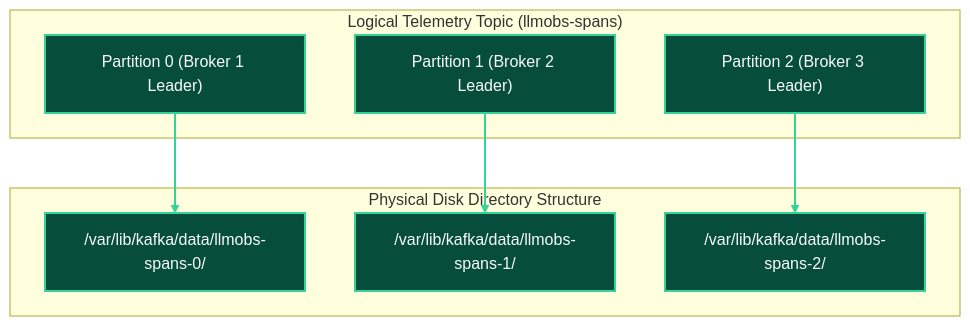
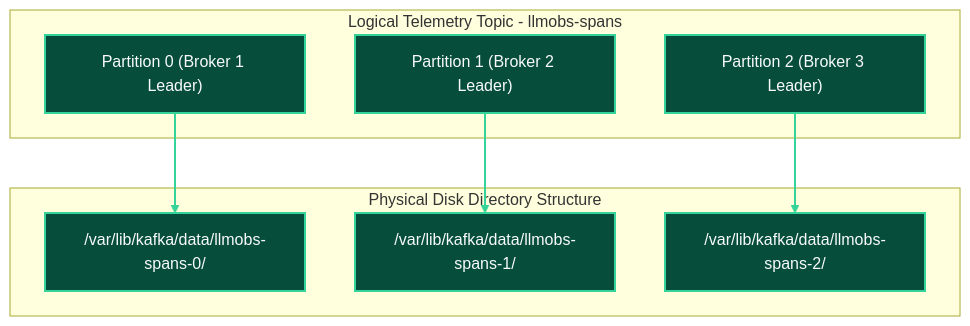
Diagram 15 of 24 in docs/configDoc/kafka-configuration-guide.md (Chief-Strategist-J/llm-obs-infra), drawn with Mermaid before and after one commit. The commit also changed other lines of this file, not shown here.

Commit message:
fix(kafka-docs): remove parentheses from subgraph titles to fix GitHub Mermaid parser error

````diff
--- a/docs/configDoc/kafka-configuration-guide.md
+++ b/docs/configDoc/kafka-configuration-guide.md
@@ -1295,24 +1295,24 @@
 ```mermaid
 graph TD
-    subgraph LogicalTopic ["Logical Telemetry Topic (llmobs-spans)"]
+    subgraph LogicalTopic ["Logical Telemetry Topic - llmobs-spans"]
 
         P0["Partition 0 (Broker 1 Leader)"]
         P1["Partition 1 (Broker 2 Leader)"]
         P2["Partition 2 (Broker 3 Leader)"]
     end
 
     subgraph PhysicalDiskStorage ["Physical Disk Directory Structure"]
         P0 --> D0["/var/lib/kafka/data/llmobs-spans-0/"]
         P1 --> D1["/var/lib/kafka/data/llmobs-spans-1/"]
         P2 --> D2["/var/lib/kafka/data/llmobs-spans-2/"]
     end
 
     style P0 fill:#064e3b,stroke:#34d399,stroke-width:2px,color:#f8fafc
     style P1 fill:#064e3b,stroke:#34d399,stroke-width:2px,color:#f8fafc
     style P2 fill:#064e3b,stroke:#34d399,stroke-width:2px,color:#f8fafc
     style D0 fill:#064e3b,stroke:#34d399,stroke-width:2px,color:#f8fafc
     style D1 fill:#064e3b,stroke:#34d399,stroke-width:2px,color:#f8fafc
     style D2 fill:#064e3b,stroke:#34d399,stroke-width:2px,color:#f8fafc
 
     linkStyle 0,1,2 stroke:#34d399,stroke-width:2px;
 ```
````
